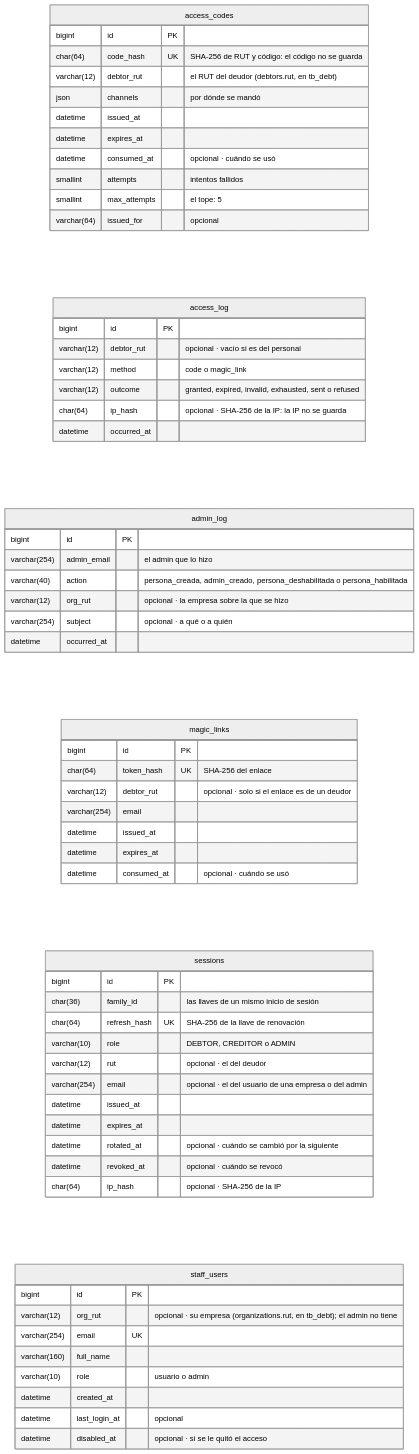
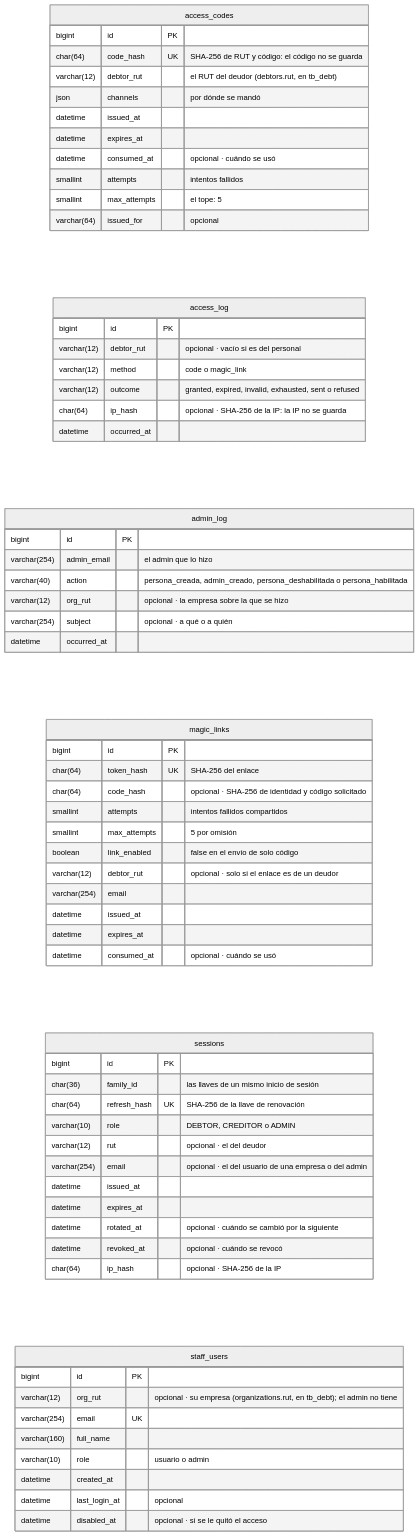
The first of 5 diagrams in docs/diagramas/entidad-relacion.md (TechnicalBridge/DataBridge), drawn with Mermaid (neutral theme) before and after one commit. The commit also changed other lines of this file and 29 other files, not shown here.

````diff
--- a/docs/diagramas/entidad-relacion.md
+++ b/docs/diagramas/entidad-relacion.md
@@ -23,64 +23,68 @@
 ```mermaid
 erDiagram
     direction LR
     access_codes {
         bigint id PK
         char(64) code_hash UK "SHA-256 de RUT y código: el código no se guarda"
         varchar(12) debtor_rut "el RUT del deudor (debtors.rut, en tb_debt)"
         json channels "por dónde se mandó"
         datetime issued_at
         datetime expires_at
         datetime consumed_at "opcional · cuándo se usó"
         smallint attempts "intentos fallidos"
         smallint max_attempts "el tope: 5"
         varchar(64) issued_for "opcional"
     }
     access_log {
         bigint id PK
         varchar(12) debtor_rut "opcional · vacío si es del personal"
         varchar(12) method "code o magic_link"
         varchar(12) outcome "granted, expired, invalid, exhausted, sent o refused"
         char(64) ip_hash "opcional · SHA-256 de la IP: la IP no se guarda"
         datetime occurred_at
     }
     admin_log {
         bigint id PK
         varchar(254) admin_email "el admin que lo hizo"
         varchar(40) action "persona_creada, admin_creado, persona_deshabilitada o persona_habilitada"
         varchar(12) org_rut "opcional · la empresa sobre la que se hizo"
         varchar(254) subject "opcional · a qué o a quién"
         datetime occurred_at
     }
     magic_links {
         bigint id PK
         char(64) token_hash UK "SHA-256 del enlace"
+        char(64) code_hash "opcional · SHA-256 de identidad y código solicitado"
+        smallint attempts "intentos fallidos compartidos"
+        smallint max_attempts "5 por omisión"
+        boolean link_enabled "false en el envío de solo código"
         varchar(12) debtor_rut "opcional · solo si el enlace es de un deudor"
         varchar(254) email
         datetime issued_at
         datetime expires_at
         datetime consumed_at "opcional · cuándo se usó"
     }
     sessions {
         bigint id PK
         char(36) family_id "las llaves de un mismo inicio de sesión"
         char(64) refresh_hash UK "SHA-256 de la llave de renovación"
         varchar(10) role "DEBTOR, CREDITOR o ADMIN"
         varchar(12) rut "opcional · el del deudor"
         varchar(254) email "opcional · el del usuario de una empresa o del admin"
         datetime issued_at
         datetime expires_at
         datetime rotated_at "opcional · cuándo se cambió por la siguiente"
         datetime revoked_at "opcional · cuándo se revocó"
         char(64) ip_hash "opcional · SHA-256 de la IP"
     }
     staff_users {
         bigint id PK
         varchar(12) org_rut "opcional · su empresa (organizations.rut, en tb_debt); el admin no tiene"
         varchar(254) email UK
         varchar(160) full_name
         varchar(10) role "usuario o admin"
         datetime created_at
         datetime last_login_at "opcional"
         datetime disabled_at "opcional · si se le quitó el acceso"
     }
 ```
````
